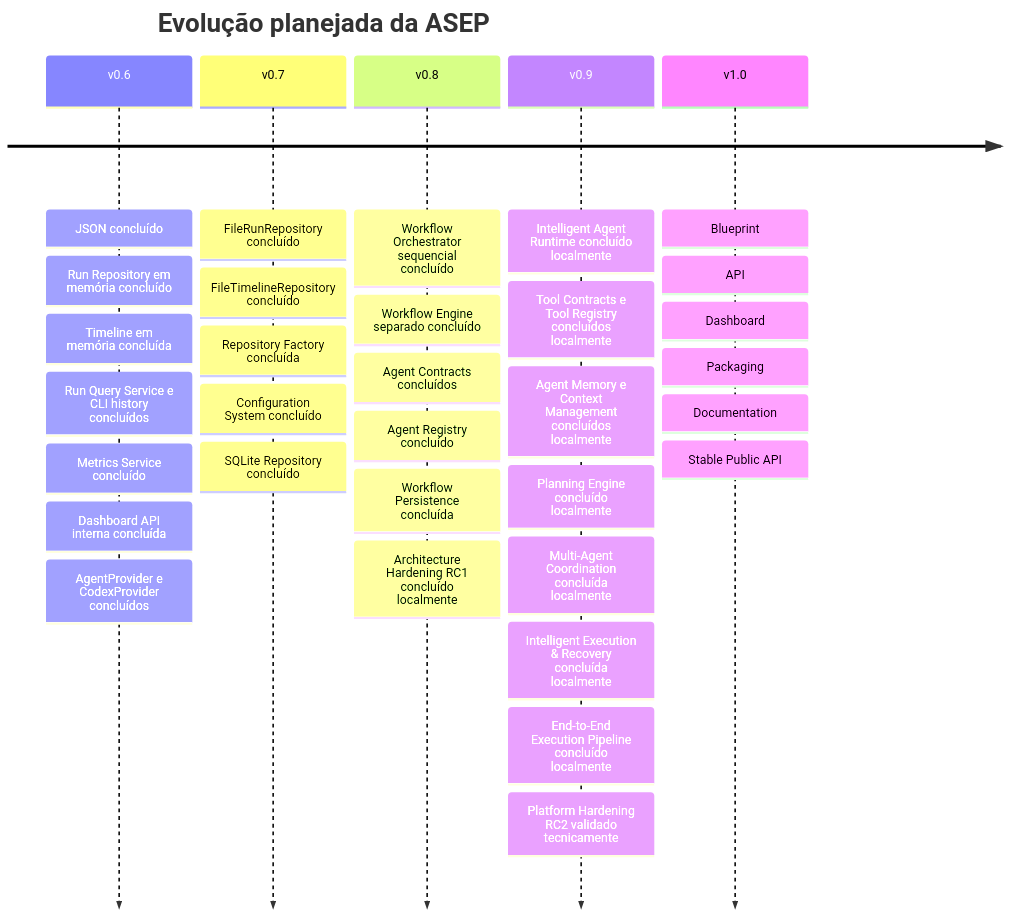
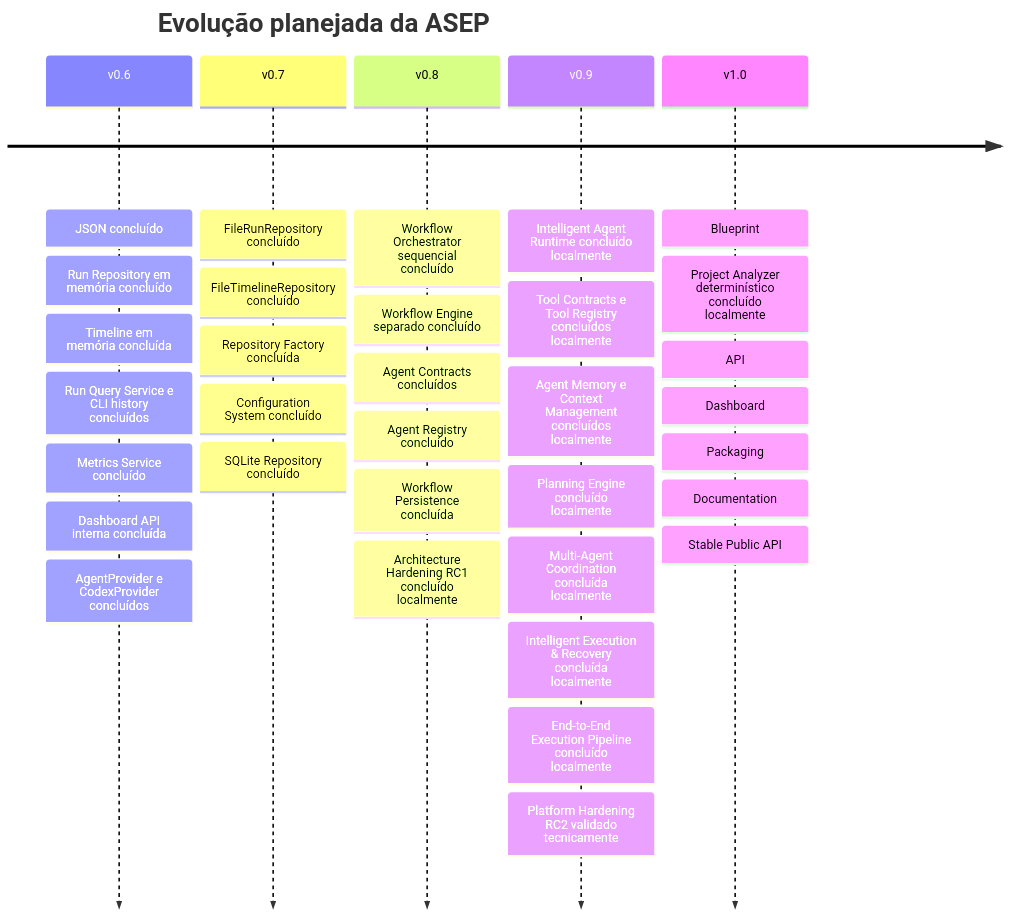
One commit to paul-92/fabrica-de-software changed the diagram in docs/architecture/Roadmap.md. Above: the diagram before and after it, drawn with Mermaid. The commit also changed other lines of this file and 25 other files, not shown here.

````diff
--- a/docs/architecture/Roadmap.md
+++ b/docs/architecture/Roadmap.md
@@ -14,36 +14,37 @@
 ```mermaid
 timeline
     title Evolução planejada da ASEP
     v0.6 : JSON concluído
          : Run Repository em memória concluído
          : Timeline em memória concluída
          : Run Query Service e CLI history concluídos
          : Metrics Service concluído
          : Dashboard API interna concluída
          : AgentProvider e CodexProvider concluídos
     v0.7 : FileRunRepository concluído
          : FileTimelineRepository concluído
          : Repository Factory concluída
          : Configuration System concluído
          : SQLite Repository concluído
     v0.8 : Workflow Orchestrator sequencial concluído
          : Workflow Engine separado concluído
          : Agent Contracts concluídos
          : Agent Registry concluído
          : Workflow Persistence concluída
          : Architecture Hardening RC1 concluído localmente
     v0.9 : Intelligent Agent Runtime concluído localmente
          : Tool Contracts e Tool Registry concluídos localmente
          : Agent Memory e Context Management concluídos localmente
          : Planning Engine concluído localmente
          : Multi-Agent Coordination concluída localmente
          : Intelligent Execution & Recovery concluída localmente
          : End-to-End Execution Pipeline concluído localmente
          : Platform Hardening RC2 validado tecnicamente
     v1.0 : Blueprint
+         : Project Analyzer determinístico concluído localmente
          : API
          : Dashboard
          : Packaging
          : Documentation
          : Stable Public API
 ```
````
